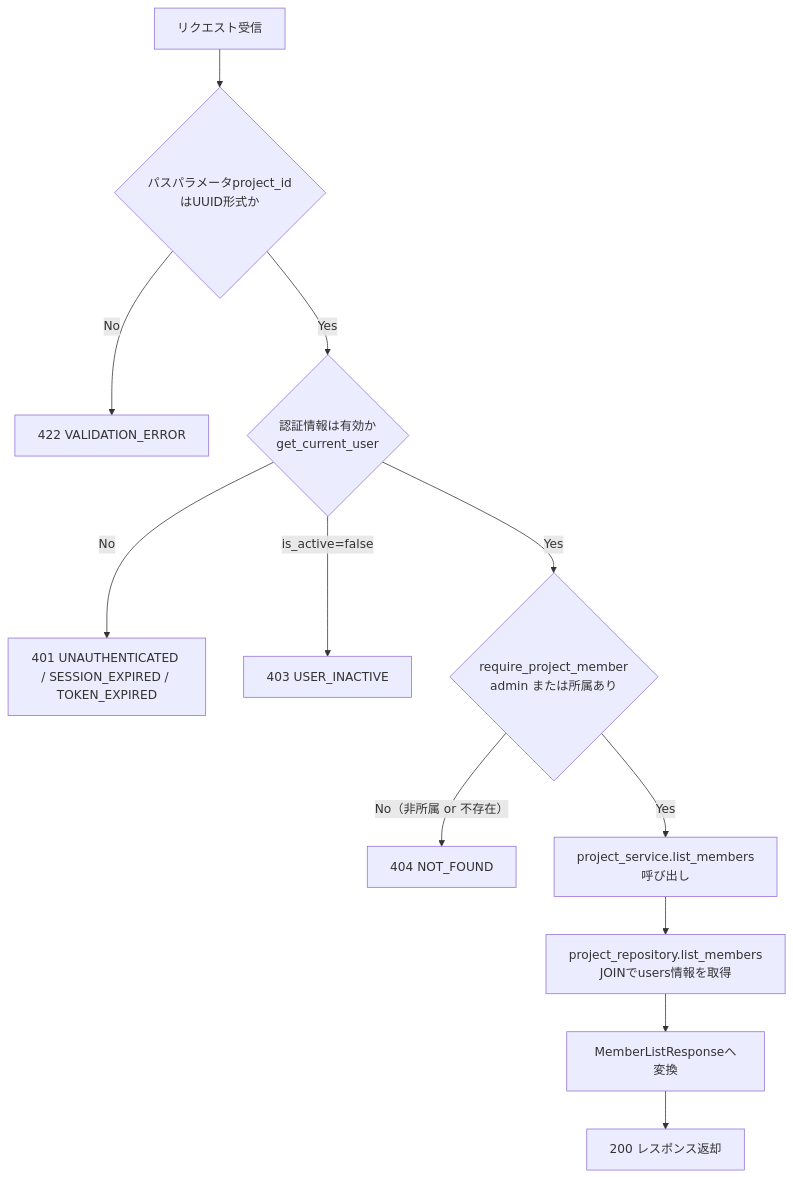
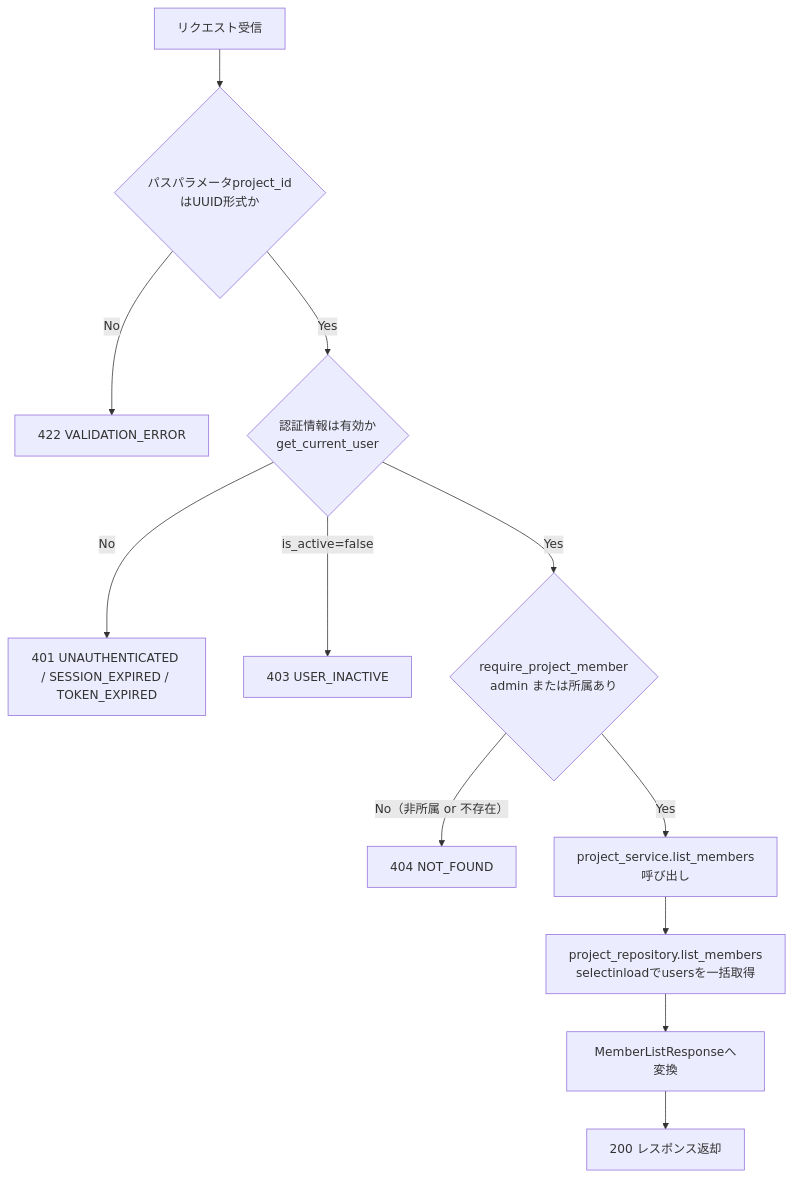
Before and after one commit to oikawa-d/task_management: the second of 4 diagrams in detailed_design/api/projects/06_get_project_members.md, drawn with Mermaid. The commit also changed other lines of this file and 22 other files, not shown here.

````diff
--- a/detailed_design/api/projects/06_get_project_members.md
+++ b/detailed_design/api/projects/06_get_project_members.md
@@ -128,14 +130,14 @@
 ```mermaid
 flowchart TB
     A["リクエスト受信"] --> B{"パスパラメータproject_idはUUID形式か"}
     B -->|No| E1["422 VALIDATION_ERROR"]
     B -->|Yes| C{"認証情報は有効か<br/>get_current_user"}
     C -->|No| E2["401 UNAUTHENTICATED / SESSION_EXPIRED / TOKEN_EXPIRED"]
     C -->|is_active=false| E3["403 USER_INACTIVE"]
     C -->|Yes| D{"require_project_member<br/>admin または所属あり"}
     D -->|No（非所属 or 不存在）| E4["404 NOT_FOUND"]
     D -->|Yes| F["project_service.list_members呼び出し"]
-    F --> G["project_repository.list_members<br/>JOINでusers情報を取得"]
+    F --> G["project_repository.list_members<br/>selectinloadでusersを一括取得"]
     G --> H["MemberListResponseへ変換"]
     H --> I["200 レスポンス返却"]
 ```
````
